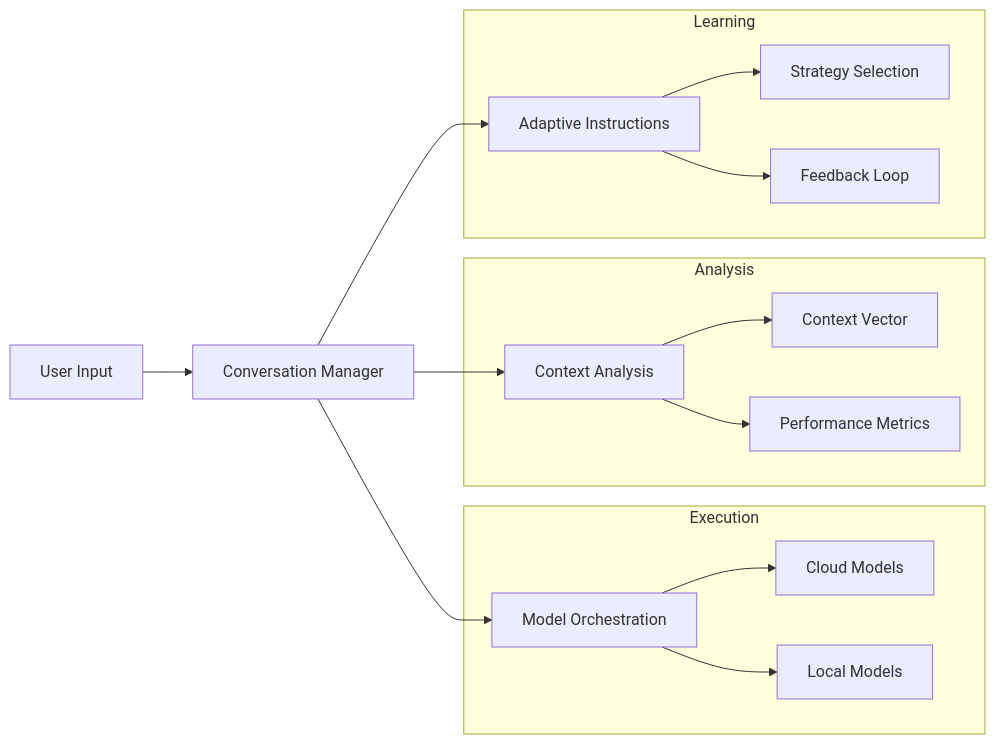
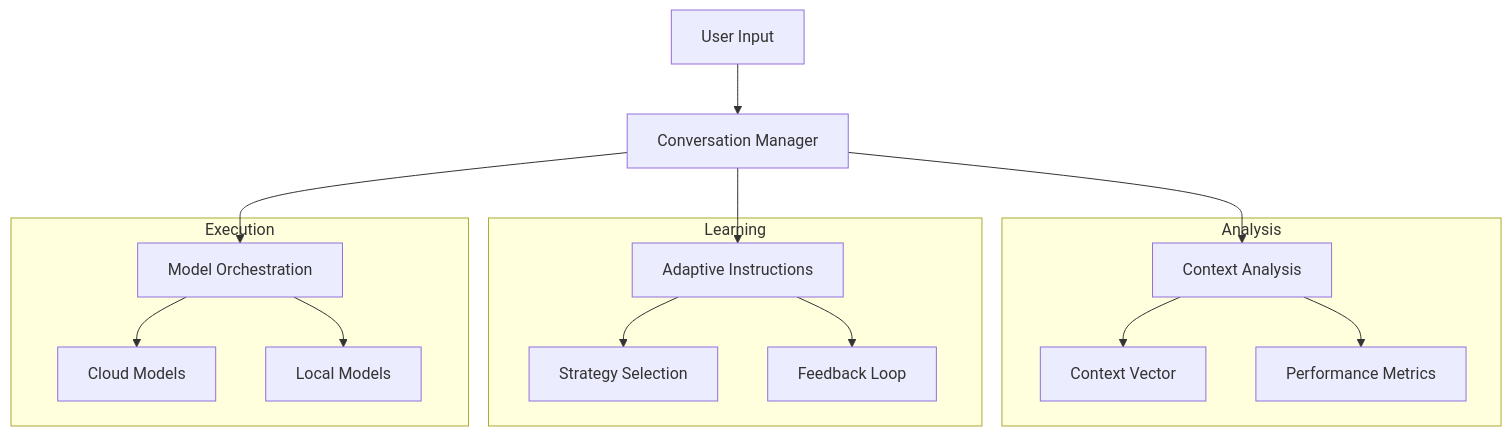
The first of 2 diagrams in README.md (davidj-brewster/multi-llm-chat), drawn with Mermaid before and after one commit. The commit also changed other lines of this file, not shown here.

````diff
--- a/README.md
+++ b/README.md
@@ -14,22 +14,22 @@
 ```mermaid
-graph LR
+graph TD
     User[User Input] --> CM[Conversation Manager]
     CM --> CA[Context Analysis]
     CM --> AI[Adaptive Instructions]
     CM --> Models[Model Orchestration]
-    
-    subgraph Execution
-        Models --> Cloud[Cloud Models]
-        Models --> Local[Local Models]
-    end
     
     subgraph Analysis
         CA --> Context[Context Vector]
         CA --> Metrics[Performance Metrics]
     end
     
     subgraph Learning
         AI --> Strategy[Strategy Selection]
         AI --> Feedback[Feedback Loop]
     end
+    
+    subgraph Execution
+        Models --> Cloud[Cloud Models]
+        Models --> Local[Local Models]
+    end
 ```
````
